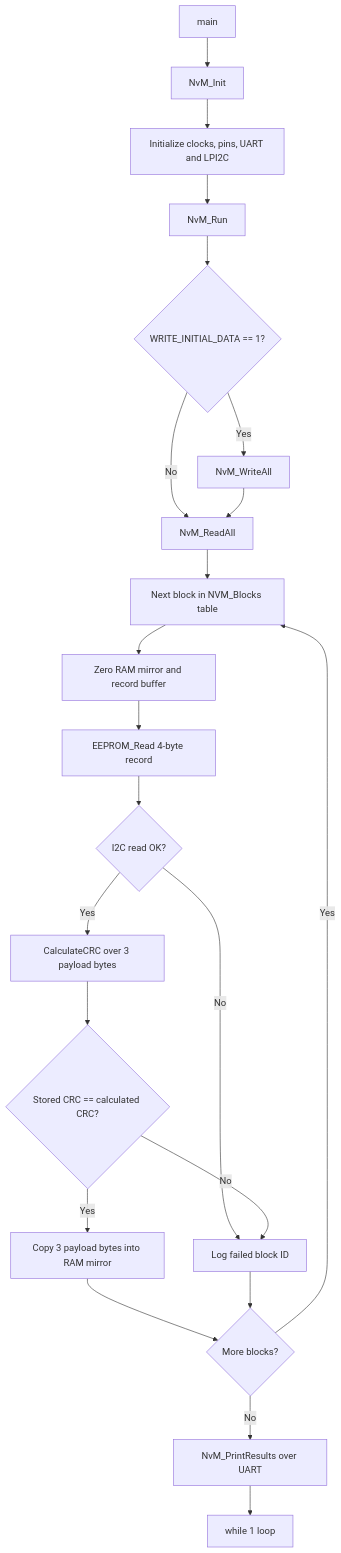
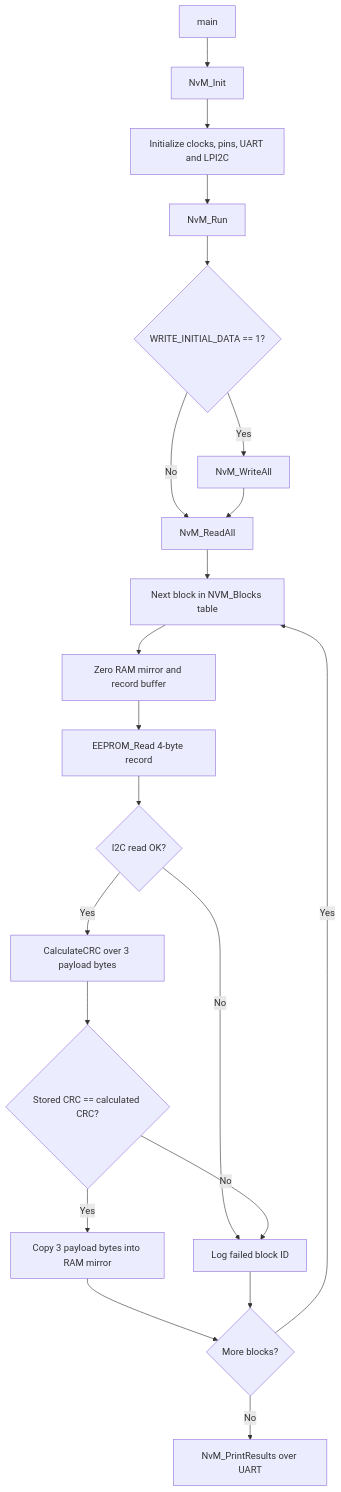
Before and after one commit to EstherJ07/Read-All-at-Startup: the diagram in README.md, drawn with Mermaid.

Commit message:
Update flowchart in README.md
Removed a line from the flowchart in the README.

````diff
--- a/README.md
+++ b/README.md
@@ -70,24 +70,23 @@
 ```mermaid
 flowchart TD
     A[main] --> B[NvM_Init]
     B --> C[Initialize clocks, pins, UART and LPI2C]
     C --> D[NvM_Run]
     D --> E{WRITE_INITIAL_DATA == 1?}
     E -- Yes --> F[NvM_WriteAll]
     E -- No --> G[NvM_ReadAll]
     F --> G
     G --> H[Next block in NVM_Blocks table]
     H --> I[Zero RAM mirror and record buffer]
     I --> J[EEPROM_Read 4-byte record]
     J --> K{I2C read OK?}
     K -- No --> L[Log failed block ID]
     K -- Yes --> M[CalculateCRC over 3 payload bytes]
     M --> N{Stored CRC == calculated CRC?}
     N -- Yes --> O[Copy 3 payload bytes into RAM mirror]
     N -- No --> L
     O --> P{More blocks?}
     L --> P
     P -- Yes --> H
     P -- No --> Q[NvM_PrintResults over UART]
-    Q --> R[while 1 loop]
 ```
````
